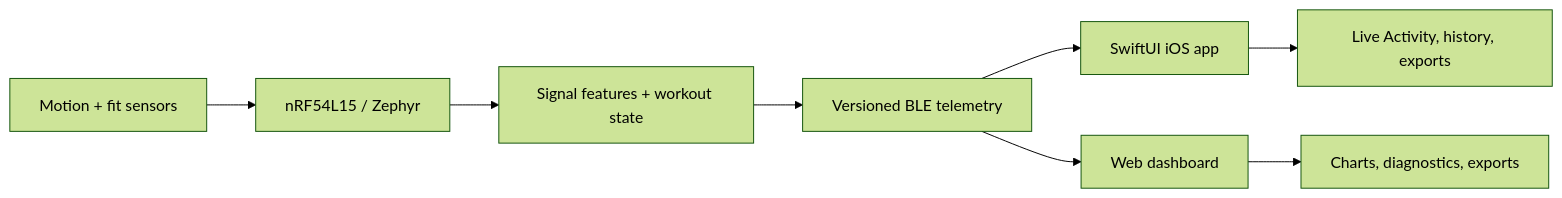
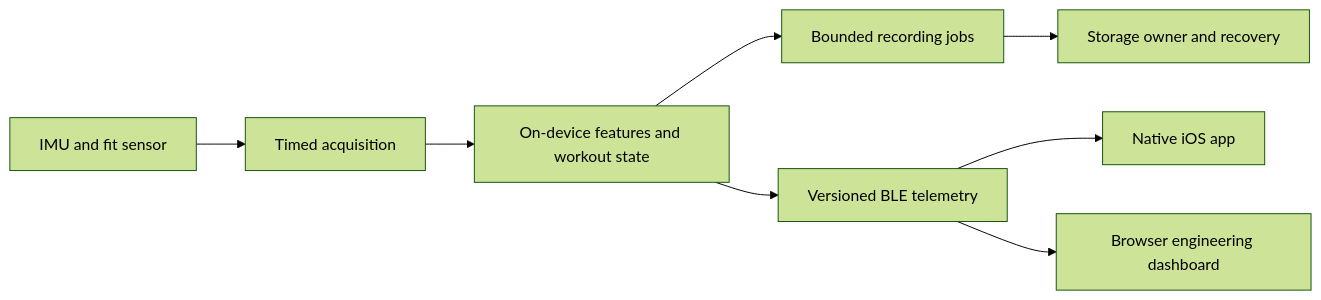
One commit to Kyntex-org/Kyntex-Technical-Public changed the diagram in README.md. Above: the diagram before and after it, drawn with Mermaid (forest theme). The commit also changed other lines of this file and 27 other files, not shown here.

````diff
--- a/README.md
+++ b/README.md
@@ -15,10 +23,10 @@
 ```mermaid
 flowchart LR
-    A[Motion + fit sensors] --> B[nRF54L15 / Zephyr]
-    B --> C[Signal features + workout state]
-    C --> D[Versioned BLE telemetry]
-    D --> E[SwiftUI iOS app]
-    D --> F[Web dashboard]
-    E --> G[Live Activity, history, exports]
-    F --> H[Charts, diagnostics, exports]
+    S[IMU and fit sensor] --> A[Timed acquisition]
+    A --> E[On-device features and workout state]
+    E --> Q[Bounded recording jobs]
+    Q --> O[Storage owner and recovery]
+    E --> B[Versioned BLE telemetry]
+    B --> I[Native iOS app]
+    B --> W[Browser engineering dashboard]
 ```
````
